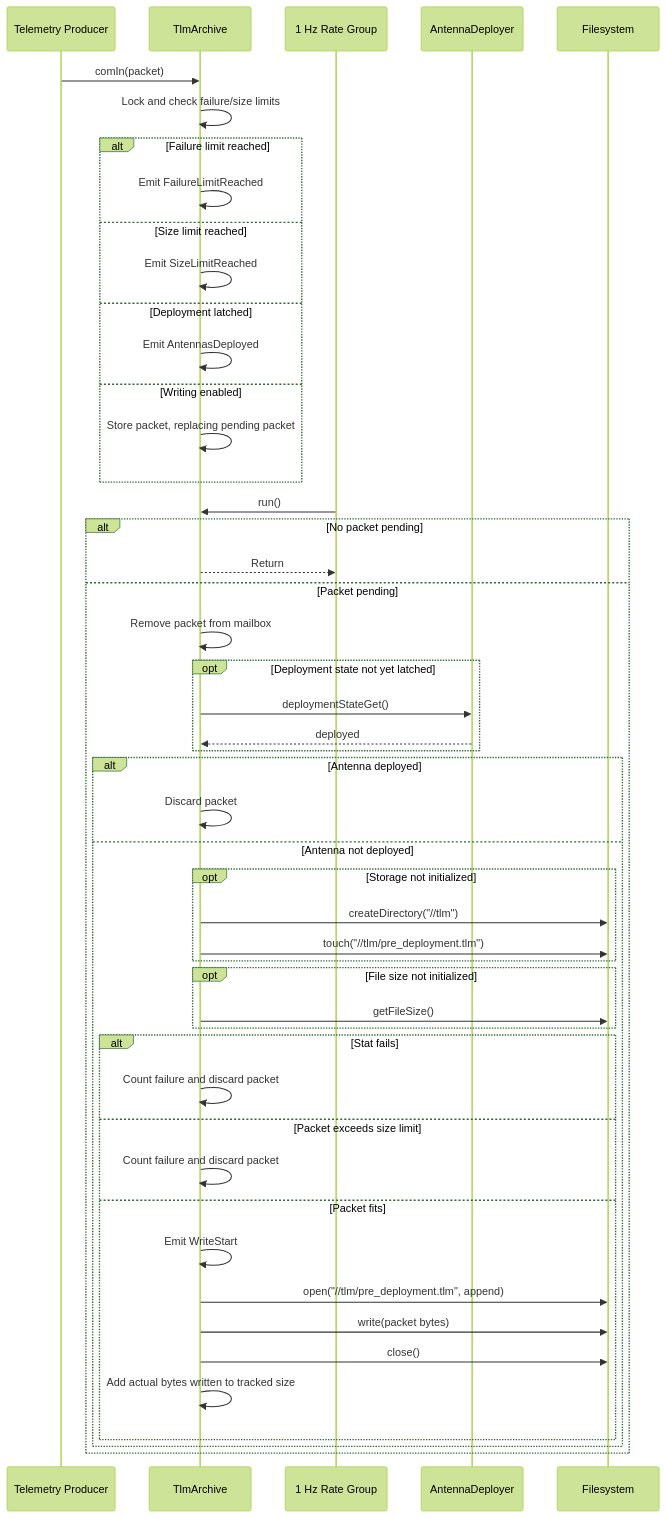
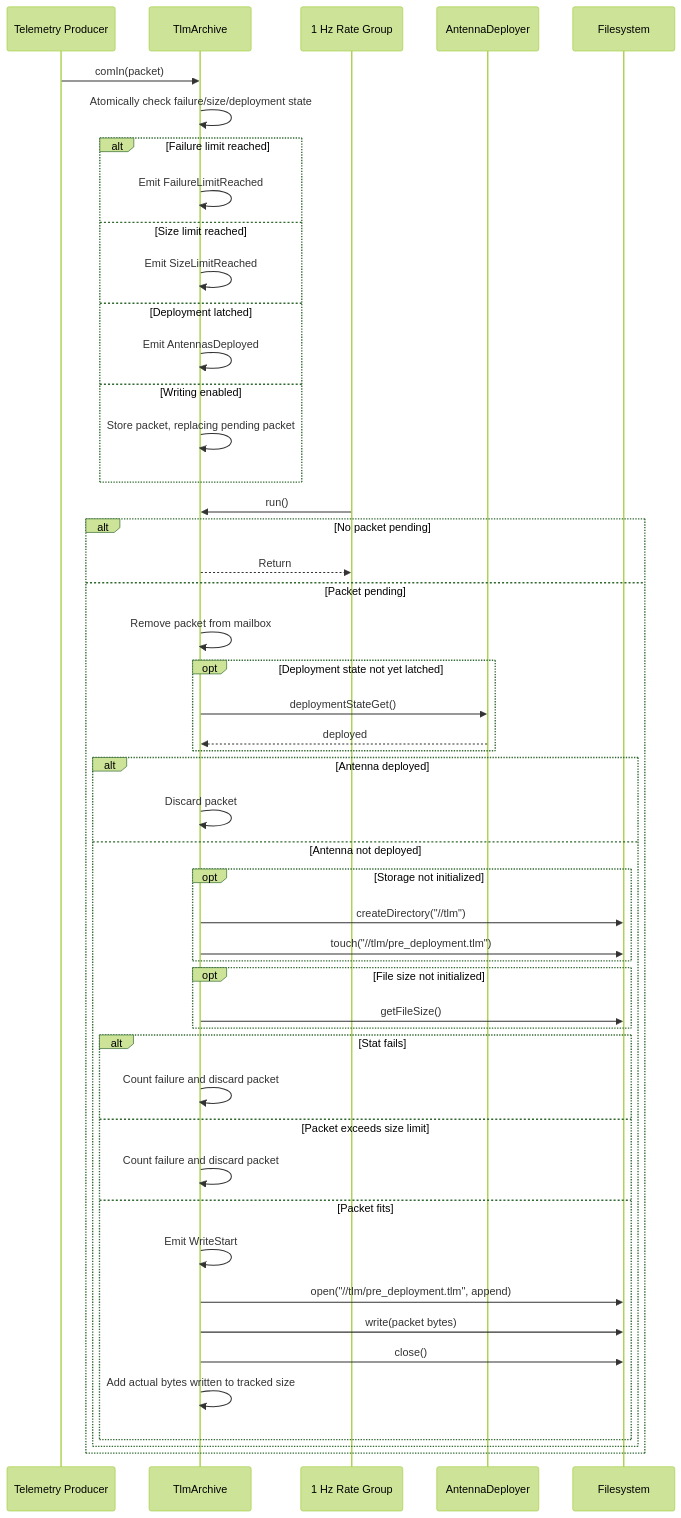
The second of 2 diagrams in PROVESFlightControllerReference/Components/TlmArchive/docs/sdd.md (Open-Source-Space-Foundation/proves-core-reference), drawn with Mermaid (forest theme) before and after one commit. The commit also changed other lines of this file and 2 other files, not shown here.

First line of the commit message:
use atomics for telemetry archive state

````diff
--- a/PROVESFlightControllerReference/Components/TlmArchive/docs/sdd.md
+++ b/PROVESFlightControllerReference/Components/TlmArchive/docs/sdd.md
@@ -164,53 +169,53 @@
 ```mermaid
 sequenceDiagram
     participant Producer as Telemetry Producer
     participant Archive as TlmArchive
     participant Rate as 1 Hz Rate Group
     participant Deploy as AntennaDeployer
     participant FS as Filesystem
 
     Producer->>Archive: comIn(packet)
-    Archive->>Archive: Lock and check failure/size limits
+    Archive->>Archive: Atomically check failure/size/deployment state
     alt Failure limit reached
         Archive->>Archive: Emit FailureLimitReached
     else Size limit reached
         Archive->>Archive: Emit SizeLimitReached
     else Deployment latched
         Archive->>Archive: Emit AntennasDeployed
     else Writing enabled
         Archive->>Archive: Store packet, replacing pending packet
     end
 
     Rate->>Archive: run()
     alt No packet pending
         Archive-->>Rate: Return
     else Packet pending
         Archive->>Archive: Remove packet from mailbox
         opt Deployment state not yet latched
             Archive->>Deploy: deploymentStateGet()
             Deploy-->>Archive: deployed
         end
         alt Antenna deployed
             Archive->>Archive: Discard packet
         else Antenna not deployed
             opt Storage not initialized
                 Archive->>FS: createDirectory("//tlm")
                 Archive->>FS: touch("//tlm/pre_deployment.tlm")
             end
             opt File size not initialized
                 Archive->>FS: getFileSize()
             end
             alt Stat fails
                 Archive->>Archive: Count failure and discard packet
             else Packet exceeds size limit
                 Archive->>Archive: Count failure and discard packet
             else Packet fits
                 Archive->>Archive: Emit WriteStart
                 Archive->>FS: open("//tlm/pre_deployment.tlm", append)
                 Archive->>FS: write(packet bytes)
                 Archive->>FS: close()
                 Archive->>Archive: Add actual bytes written to tracked size
             end
         end
     end
 ```
````
